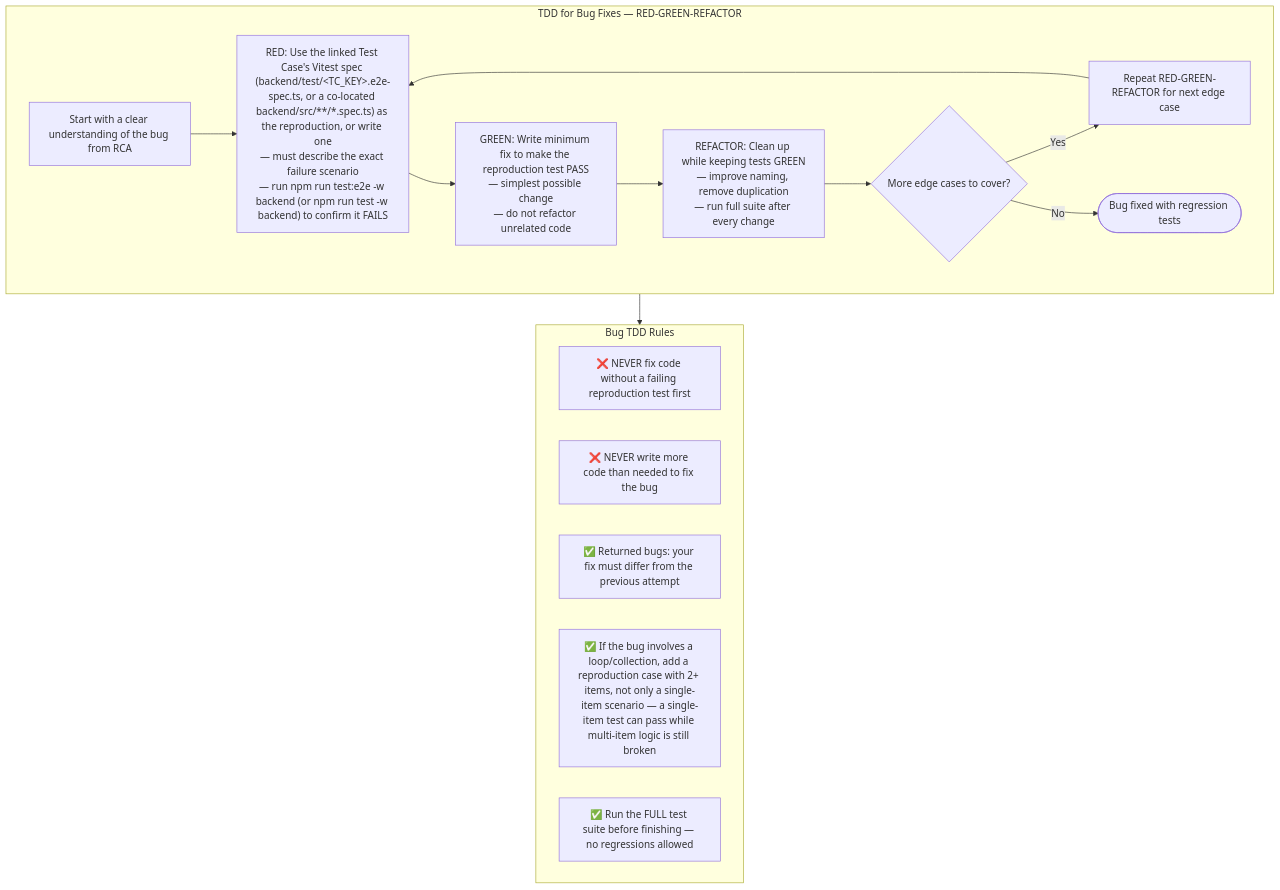
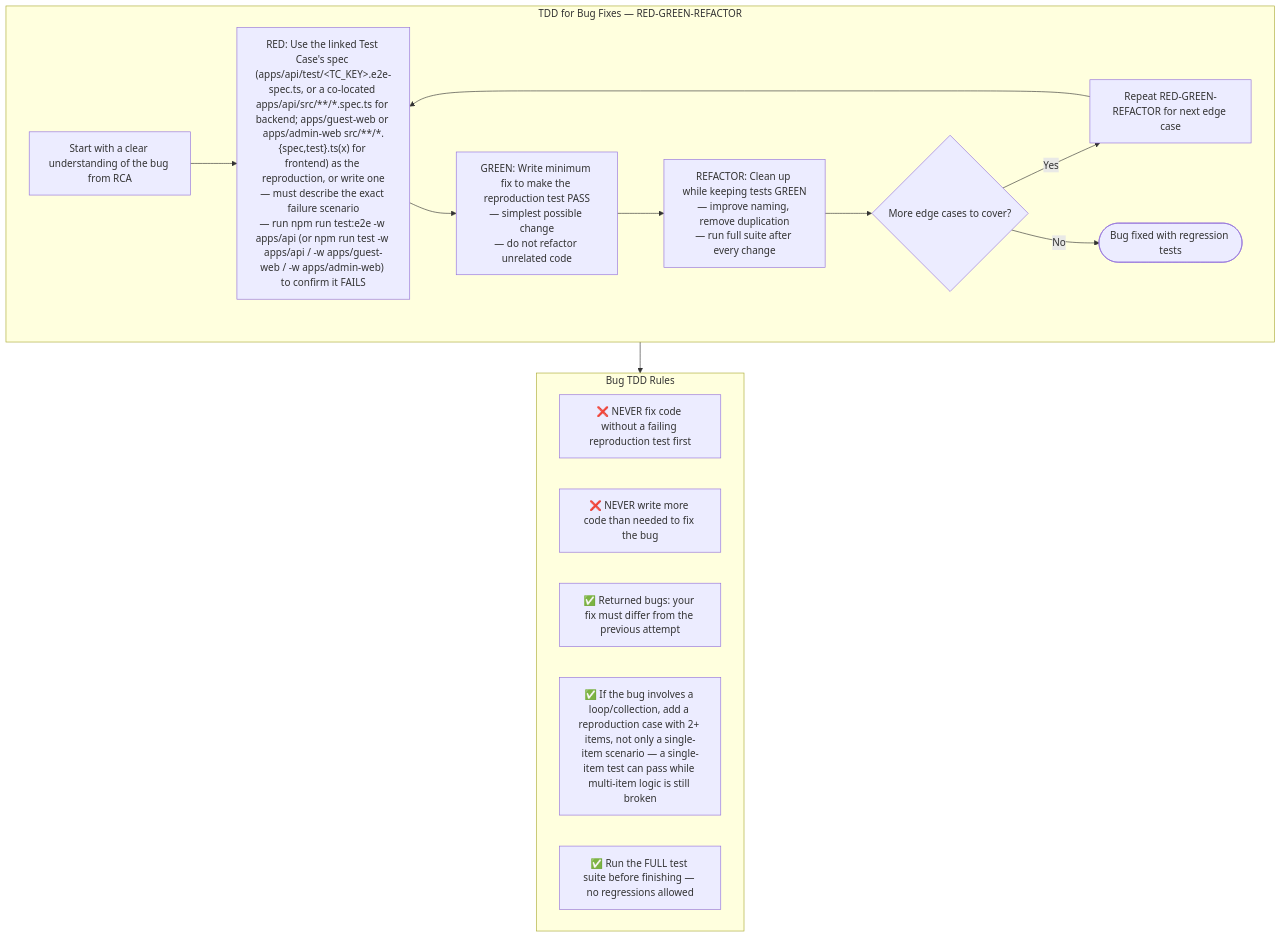
One commit to kejno/bonapp changed the diagram in .dmtools/agents/instructions/bug_development/tdd_approach.md. Above: the diagram before and after it, drawn with Mermaid. The commit also changed 21 other files, not shown here.

````diff
--- a/.dmtools/agents/instructions/bug_development/tdd_approach.md
+++ b/.dmtools/agents/instructions/bug_development/tdd_approach.md
@@ -1,24 +1,24 @@
 ```mermaid
 flowchart TD
     subgraph TDD["TDD for Bug Fixes — RED-GREEN-REFACTOR"]
         T0["Start with a clear understanding of the bug from RCA"]
-        T1["RED: Use the linked Test Case's Vitest spec (backend/test/&lt;TC_KEY&gt;.e2e-spec.ts, or a co-located backend/src/**/*.spec.ts) as the reproduction, or write one<br/>— must describe the exact failure scenario<br/>— run npm run test:e2e -w backend (or npm run test -w backend) to confirm it FAILS"]
+        T1["RED: Use the linked Test Case's spec (apps/api/test/&lt;TC_KEY&gt;.e2e-spec.ts, or a co-located apps/api/src/**/*.spec.ts for backend; apps/guest-web or apps/admin-web src/**/*.{spec,test}.ts(x) for frontend) as the reproduction, or write one<br/>— must describe the exact failure scenario<br/>— run npm run test:e2e -w apps/api (or npm run test -w apps/api / -w apps/guest-web / -w apps/admin-web) to confirm it FAILS"]
         T2["GREEN: Write minimum fix to make the reproduction test PASS<br/>— simplest possible change<br/>— do not refactor unrelated code"]
         T3["REFACTOR: Clean up while keeping tests GREEN<br/>— improve naming, remove duplication<br/>— run full suite after every change"]
         T4{"More edge cases to cover?"}
         T5["Repeat RED-GREEN-REFACTOR for next edge case"]
         T0 --> T1 --> T2 --> T3 --> T4
         T4 -->|Yes| T5 --> T1
         T4 -->|No| DONE([Bug fixed with regression tests])
     end
 
     subgraph RULES["Bug TDD Rules"]
         R1["❌ NEVER fix code without a failing reproduction test first"]
         R2["❌ NEVER write more code than needed to fix the bug"]
         R3["✅ Returned bugs: your fix must differ from the previous attempt"]
         R4["✅ If the bug involves a loop/collection, add a reproduction case with 2+ items, not only a single-item scenario — a single-item test can pass while multi-item logic is still broken"]
         R5["✅ Run the FULL test suite before finishing — no regressions allowed"]
     end
 
     TDD --> RULES
 ```
````
